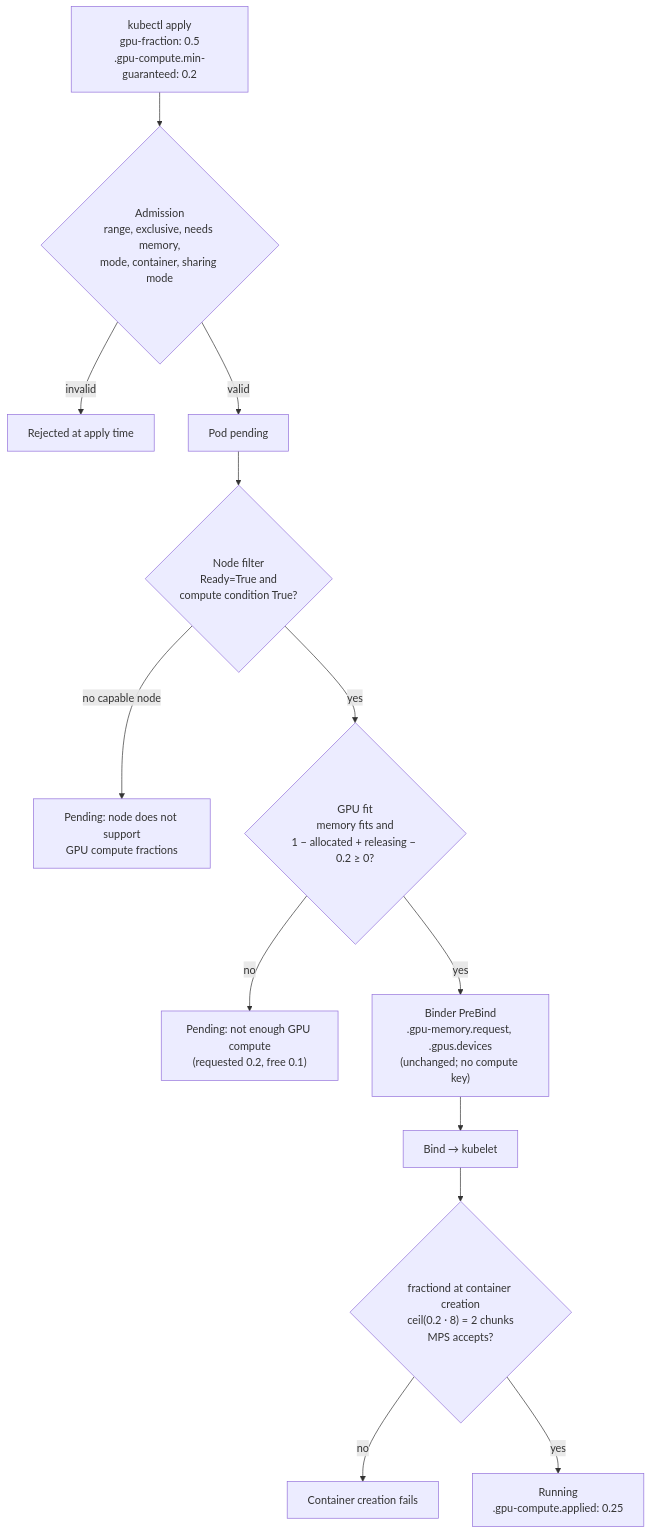
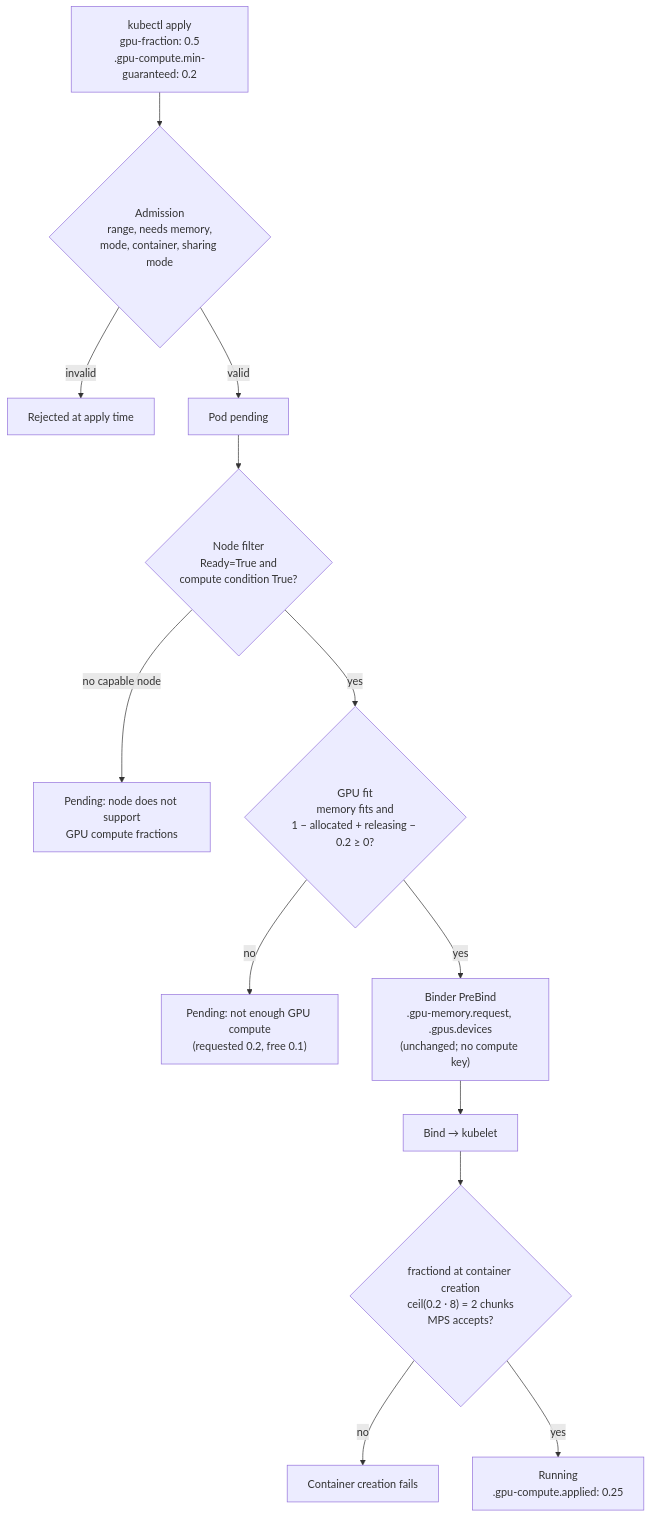
The second of 2 diagrams in docs/developer/designs/gpu-compute-fractions/README.md (kai-scheduler/KAI-Scheduler), drawn with Mermaid before and after one commit. The commit also changed other lines of this file, not shown here.

Commit message:
docs(docs): 3-decimal shares, fixed wins over min-guaranteed, clearer applied example in compute fractions HLD

````diff
--- a/docs/developer/designs/gpu-compute-fractions/README.md
+++ b/docs/developer/designs/gpu-compute-fractions/README.md
@@ -313,15 +313,15 @@
 ```mermaid
 flowchart TD
-  U["kubectl apply<br/>gpu-fraction: 0.5<br/>.gpu-compute.min-guaranteed: 0.2"] --> A{"Admission<br/>range, exclusive, needs memory,<br/>mode, container, sharing mode"}
+  U["kubectl apply<br/>gpu-fraction: 0.5<br/>.gpu-compute.min-guaranteed: 0.2"] --> A{"Admission<br/>range, needs memory,<br/>mode, container, sharing mode"}
   A -- invalid --> X["Rejected at apply time"]
   A -- valid --> P["Pod pending"]
   P --> F{"Node filter<br/>Ready=True and<br/>compute condition True?"}
   F -- "no capable node" --> W1["Pending: node does not support<br/>GPU compute fractions"]
   F -- yes --> L{"GPU fit<br/>memory fits and<br/>1 − allocated + releasing − 0.2 ≥ 0?"}
   L -- no --> W2["Pending: not enough GPU compute<br/>(requested 0.2, free 0.1)"]
   L -- yes --> B["Binder PreBind<br/>.gpu-memory.request, .gpus.devices<br/>(unchanged; no compute key)"]
   B --> K["Bind → kubelet"]
   K --> G{"fractiond at container creation<br/>ceil(0.2 · 8) = 2 chunks<br/>MPS accepts?"}
   G -- no --> E["Container creation fails"]
   G -- yes --> OK["Running<br/>.gpu-compute.applied: 0.25"]
 ```
````
